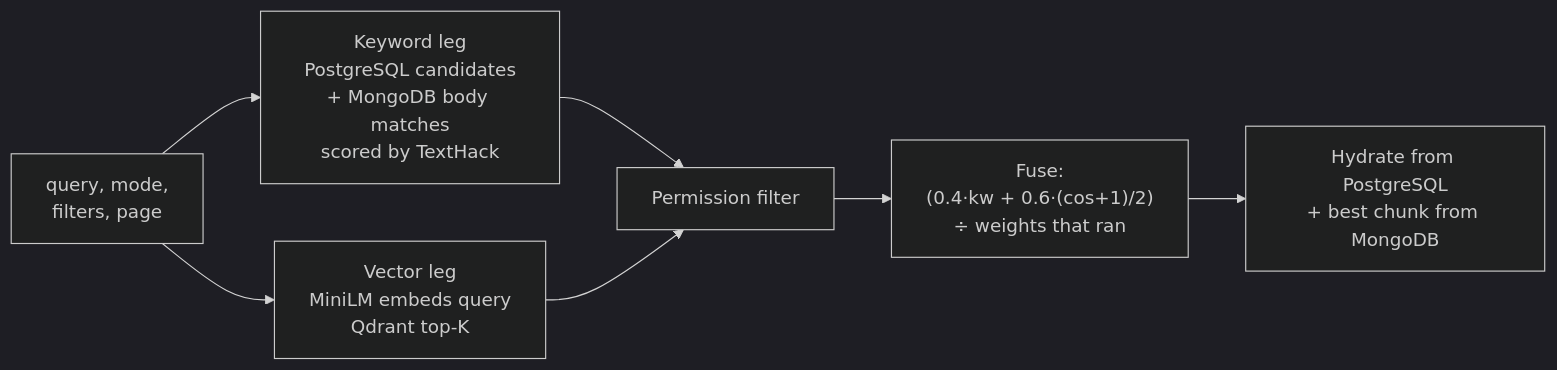
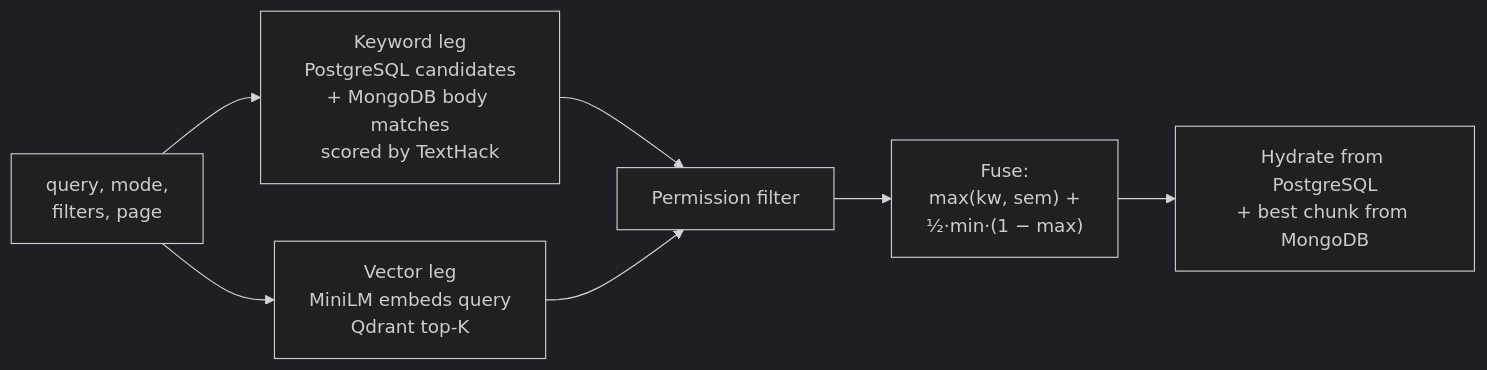
One commit to SathyaMaragani/Enterprise-Knowledge-Intelligence-Platform changed the fourth of 4 diagrams in docs/database/DBE-DSD.md. Above: the diagram before and after it, drawn with Mermaid (dark theme). The commit also changed other lines of this file and 15 other files, not shown here.

````diff
--- a/docs/database/DBE-DSD.md
+++ b/docs/database/DBE-DSD.md
@@ -295,9 +295,9 @@
 ```mermaid
 flowchart LR
     Q[query, mode,<br/>filters, page] --> K[Keyword leg<br/>PostgreSQL candidates<br/>+ MongoDB body matches<br/>scored by TextHack]
     Q --> V[Vector leg<br/>MiniLM embeds query<br/>Qdrant top-K]
     K --> P[Permission filter]
     V --> P
-    P --> F["Fuse:<br/>(0.4·kw + 0.6·(cos+1)/2)<br/>÷ weights that ran"]
+    P --> F["Fuse:<br/>max(kw, sem) +<br/>½·min·(1 − max)"]
     F --> H[Hydrate from PostgreSQL<br/>+ best chunk from MongoDB]
 ```
````
